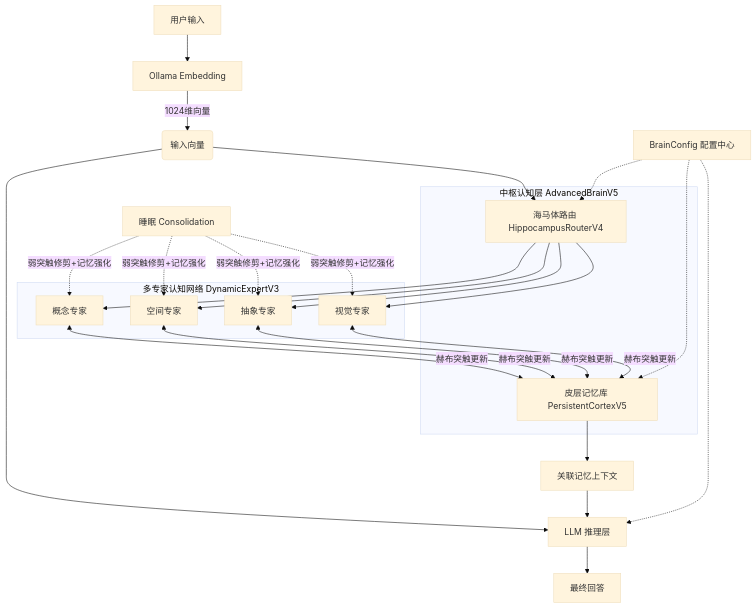
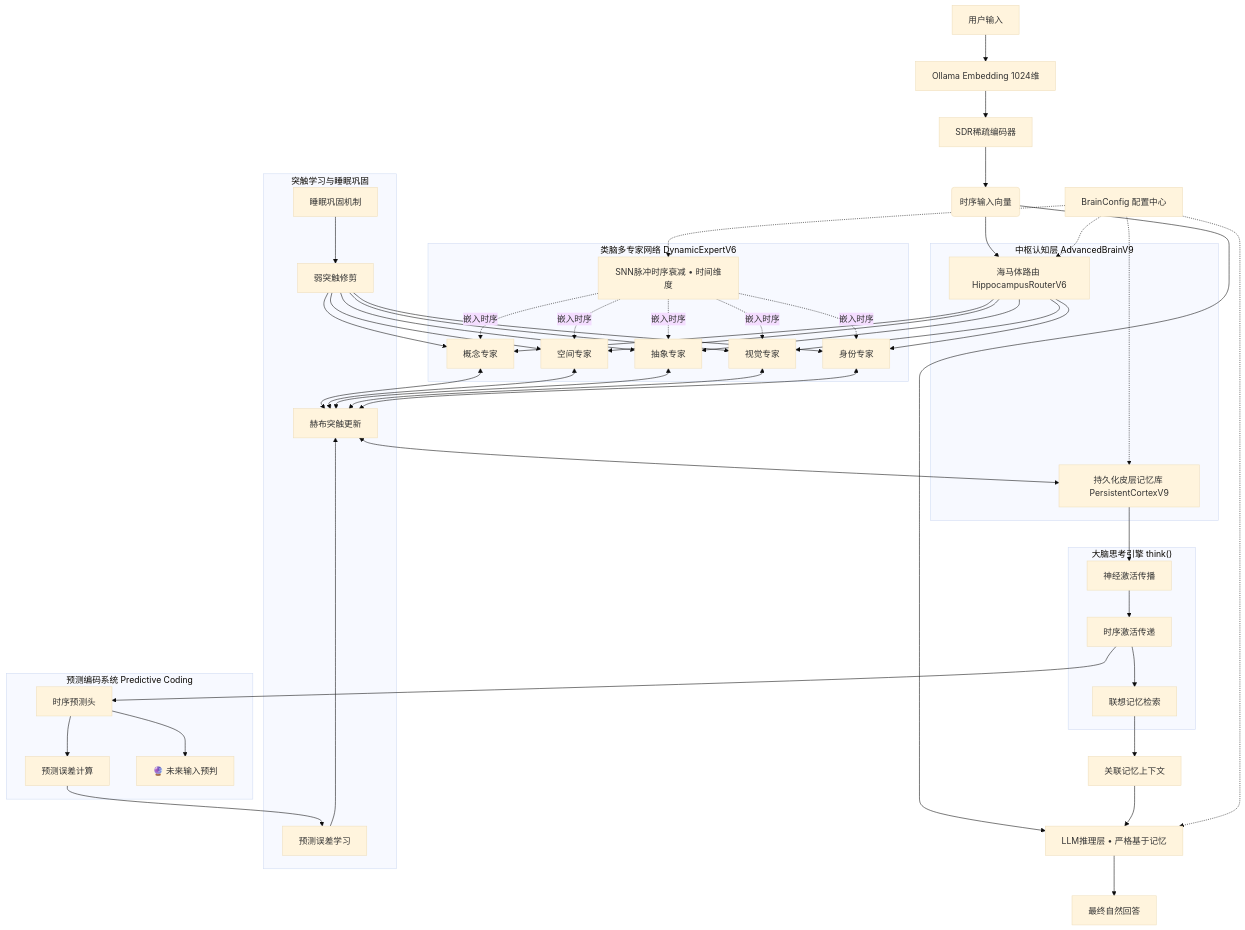
The diagram in README.md (a123547879/HippoCortex), drawn with Mermaid (base theme) before and after one commit. The commit also changed other lines of this file, not shown here.

````diff
--- a/README.md
+++ b/README.md
@@ -59,46 +59,84 @@
 ```mermaid
-graph TD
-    %% 外部输入层
-    UserInput[用户输入] --> Embedding[Ollama Embedding]
-    Embedding --> |1024维向量| InputVector(输入向量)
+  graph TD
+      %% 外部感知输入层（升级：新增SDR稀疏编码）
+      UserInput[用户输入] --> Embedding[Ollama Embedding 1024维]
+      Embedding --> SDR[ SDR稀疏编码器 ]
+      SDR --> InputVector(时序输入向量)
 
-    %% 中枢认知层
-    subgraph "中枢认知层 AdvancedBrainV5"
-        Hippo[海马体路由 HippocampusRouterV4]
-        Cortex[皮层记忆库 PersistentCortexV5]
-    end
+      %% 中枢认知调度层（版本升级：AdvancedBrainV9）
+      subgraph "中枢认知层 AdvancedBrainV9"
+          Hippo[海马体路由 HippocampusRouterV6]
+          Cortex[持久化皮层记忆库 PersistentCortexV9]
+      end
 
-    %% 多专家网络
-    subgraph "多专家认知网络 DynamicExpertV3"
-        ExpCon[概念专家]
-        ExpSpa[空间专家]
-        ExpAbs[抽象专家]
-        ExpVis[视觉专家]
-    end
+      %% 多专家网络层（升级：SNN脉冲激活 + 局部连接）
+      subgraph "类脑多专家网络 DynamicExpertV6"
+          ExpCon[概念专家]
+          ExpSpa[空间专家]
+          ExpAbs[抽象专家]
+          ExpVis[视觉专家]
+          ExpAvt[身份专家]
+          %% 核心升级：SNN脉冲时序激活
+          SNN[SNN脉冲时序衰减 • 时间维度]
+      end
 
-    %% 核心流转
-    InputVector --> Hippo
-    Hippo --> ExpCon
-    Hippo --> ExpSpa
-    Hippo --> ExpAbs
-    Hippo --> ExpVis
+      %% 预测编码核心层（新增：预测未来 + 误差学习）
+      subgraph "预测编码系统 Predictive Coding"
+          PredHead[时序预测头]
+          PredError[预测误差计算]
+          PredFuture[🔮 未来输入预判]
+      end
 
-    %% 突触更新 & 向量存储
-    ExpCon & ExpSpa & ExpAbs & ExpVis <--> |赫布突触更新| Cortex
+      %% 记忆学习与巩固层（原有+升级：双学习机制）
+      subgraph "突触学习与睡眠巩固"
+          Hebb[赫布突触更新]
+          Prune[弱突触修剪]
+          Sleep[睡眠巩固机制]
+          PredLearn[预测误差学习]
+      end
 
-    %% 记忆检索 & LLM 生成
-    Cortex --> MemoryContext[关联记忆上下文]
-    InputVector & MemoryContext --> LLM[LLM 推理层]
-    LLM --> Response[最终回答]
+      %% 核心推理层（升级：时序思考 + 联想记忆）
+      subgraph "大脑思考引擎 think()"
+          Activate[神经激活传播]
+          Associate[联想记忆检索]
+          TimeProp[时序激活传递]
+      end
 
-    %% 全局配置
-    Config[BrainConfig 配置中心] -.-> Hippo
-    Config -.-> Cortex
-    Config -.-> LLM
+      %% 生成输出层
+      MemoryContext[关联记忆上下文]
+      LLM[LLM推理层 • 严格基于记忆]
+      Response[最终自然回答]
 
-    %% 睡眠巩固机制
-    Sleep[睡眠 Consolidation] -.->|弱突触修剪+记忆强化| ExpCon
-    Sleep -.->|弱突触修剪+记忆强化| ExpSpa
-    Sleep -.->|弱突触修剪+记忆强化| ExpAbs
-    Sleep -.->|弱突触修剪+记忆强化| ExpVis
+      %% ==================== 核心数据流 ====================
+      InputVector --> Hippo
+      Hippo --> ExpCon & ExpSpa & ExpAbs & ExpVis & ExpAvt
+      SNN -.嵌入时序.-> ExpCon & ExpSpa & ExpAbs & ExpVis & ExpAvt
+
+      %% 专家 ↔ 记忆库
+      ExpCon & ExpSpa & ExpAbs & ExpVis & ExpAvt <--> Hebb
+      Hebb <--> Cortex
+
+      %% 思考流程
+      Cortex --> Activate
+      Activate --> TimeProp
+      TimeProp --> Associate
+      Associate --> MemoryContext
+
+      %% 预测编码核心流转（新增：预测未来）
+      TimeProp --> PredHead
+      PredHead --> PredFuture
+      PredHead --> PredError
+      PredError --> PredLearn
+      PredLearn --> Hebb
+
+      %% 睡眠巩固
+      Sleep --> Prune
+      Prune --> ExpCon & ExpSpa & ExpAbs & ExpVis & ExpAvt
+
+      %% 最终生成
+      InputVector & MemoryContext --> LLM
+      LLM --> Response
+
+      %% 配置中心
+      Config[BrainConfig 配置中心] -.-> Hippo & Cortex & LLM & SNN
 ```
````
